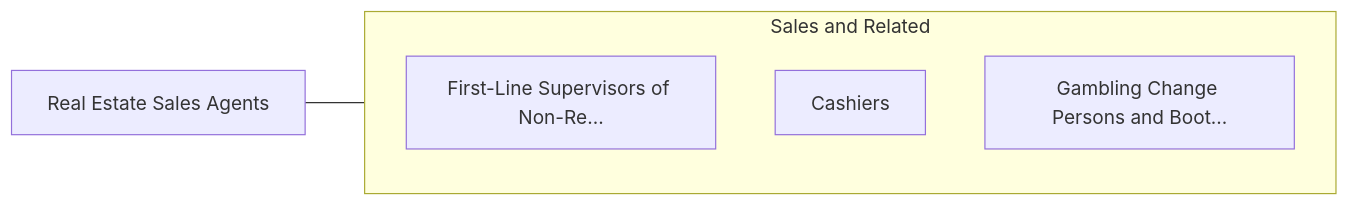
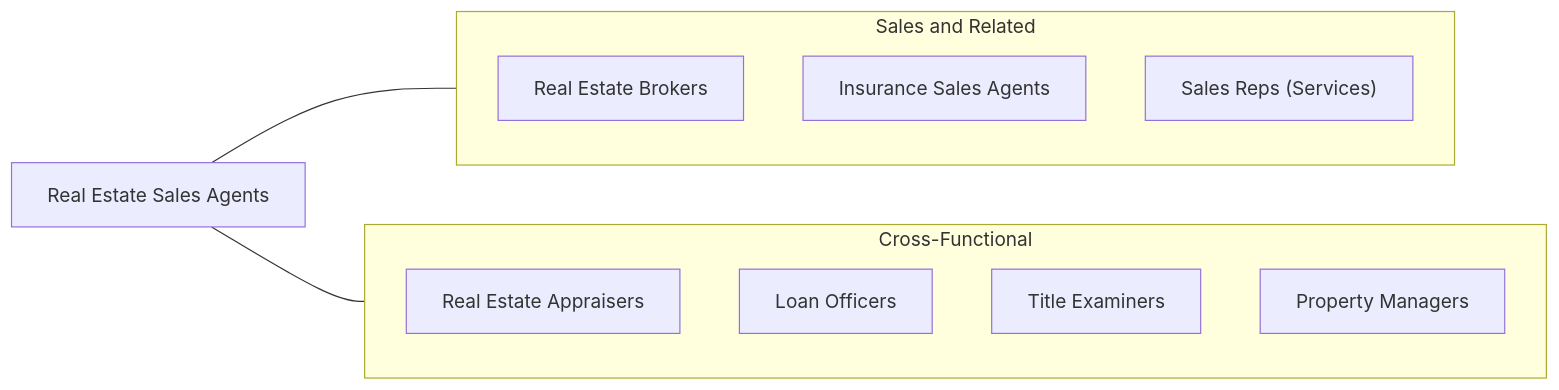
One commit to kziemski/business.org.ai changed the fourth of 4 diagrams in occupations/Sales/RealEstateSalesAgents.mdx. Above: the diagram before and after it, drawn with Mermaid. The commit also changed other lines of this file and 938 other files, not shown here.

````diff
--- a/occupations/Sales/RealEstateSalesAgents.mdx
+++ b/occupations/Sales/RealEstateSalesAgents.mdx
@@ -108,13 +176,20 @@
 ```mermaid
 graph LR
     Current["Real Estate Sales Agents"]
 
     subgraph SameCategory["Sales and Related"]
-        FirstLineSupervisors["First-Line Supervisors of Retail..."]
-        FirstLineSupervisors["First-Line Supervisors of Non-Re..."]
-        Cashiers["Cashiers"]
-        GamblingChangePerson["Gambling Change Persons and Boot..."]
+        REBrokers["Real Estate Brokers"]
+        InsuranceSales["Insurance Sales Agents"]
+        SalesReps["Sales Reps (Services)"]
+    end
+
+    subgraph CrossFunctional["Cross-Functional"]
+        Appraisers["Real Estate Appraisers"]
+        LoanOfficers["Loan Officers"]
+        TitleExaminers["Title Examiners"]
+        PropertyMgr["Property Managers"]
     end
 
     Current --- SameCategory
+    Current --- CrossFunctional
 ```
````
